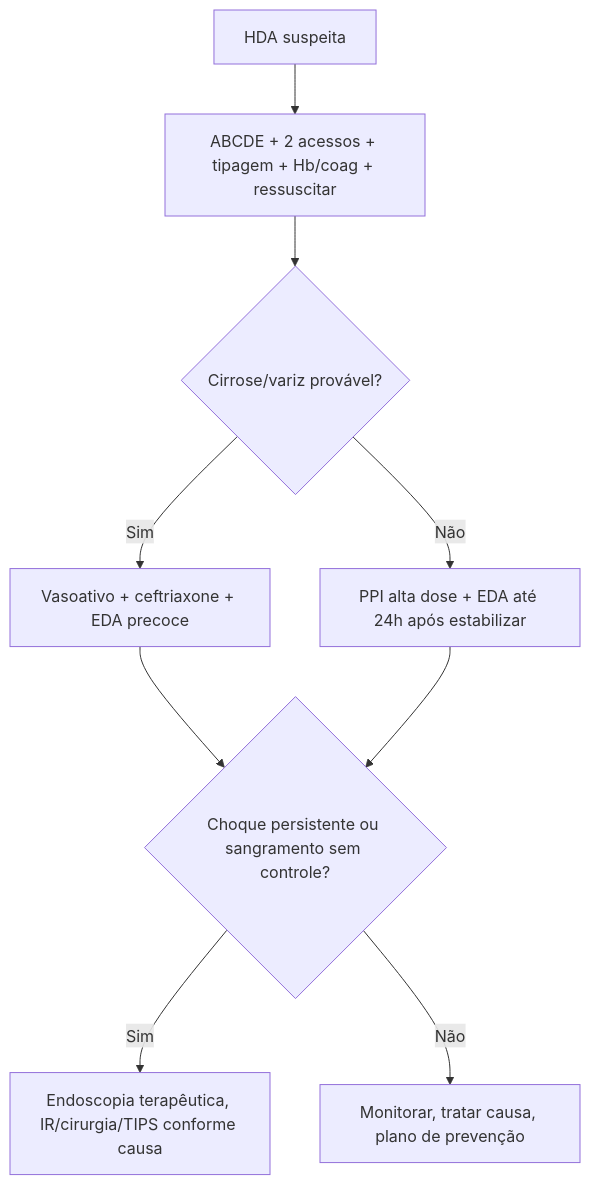
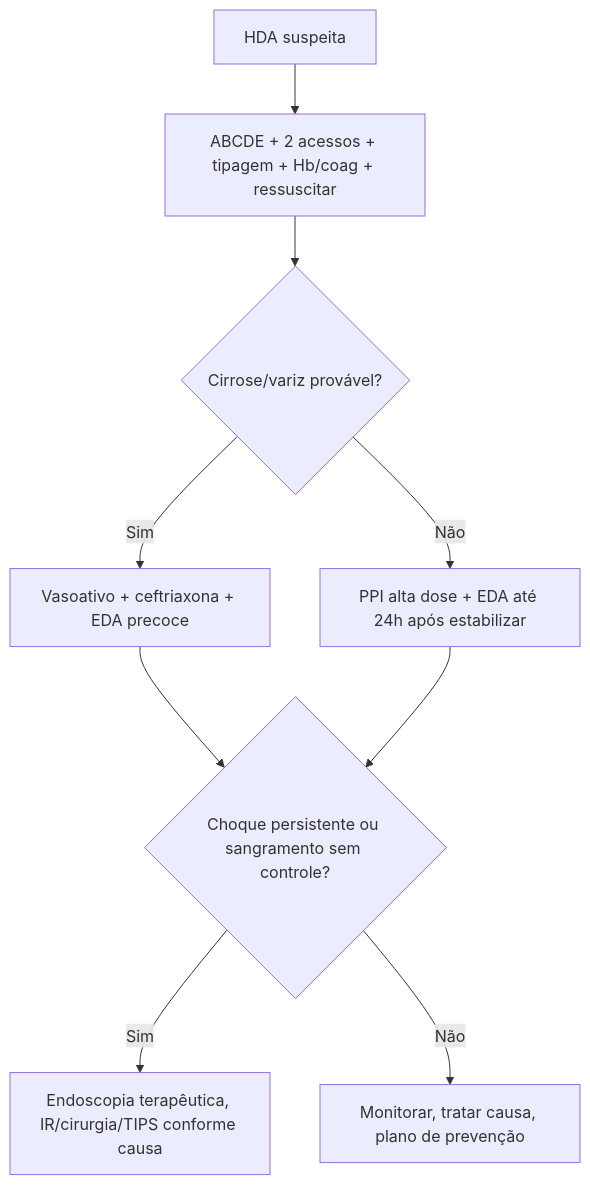
One commit to ThiagoPersona/emergencia26 changed the second of 4 diagrams in Intensivao/temas/014_gastro-hepatologia-abdome-agudo.md. Above: the diagram before and after it, drawn with Mermaid. The commit also changed other lines of this file and 10 other files, not shown here.

````diff
--- a/Intensivao/temas/014_gastro-hepatologia-abdome-agudo.md
+++ b/Intensivao/temas/014_gastro-hepatologia-abdome-agudo.md
@@ -294,11 +294,11 @@
 ```mermaid
 flowchart TD
     A[HDA suspeita] --> B[ABCDE + 2 acessos + tipagem + Hb/coag + ressuscitar]
     B --> C{Cirrose/variz provável?}
-    C -->|Sim| D[Vasoativo + ceftriaxone + EDA precoce]
+    C -->|Sim| D[Vasoativo + ceftriaxona + EDA precoce]
     C -->|Não| E[PPI alta dose + EDA até 24h após estabilizar]
     D --> F{Choque persistente ou sangramento sem controle?}
     E --> F
     F -->|Sim| G[Endoscopia terapêutica, IR/cirurgia/TIPS conforme causa]
     F -->|Não| H[Monitorar, tratar causa, plano de prevenção]
 ```
````
